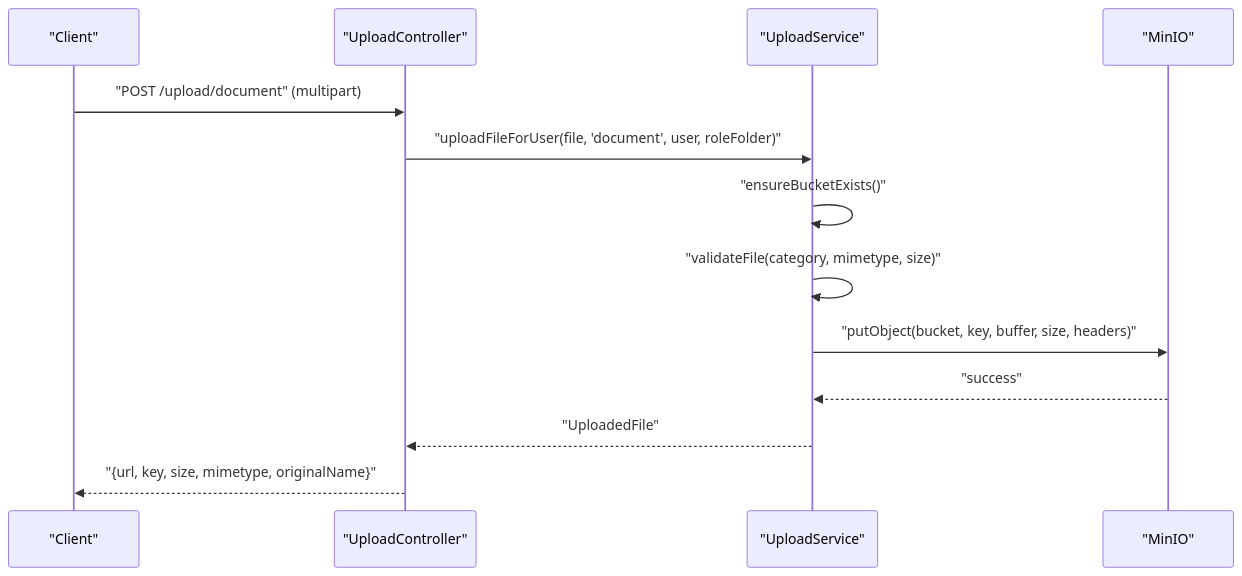
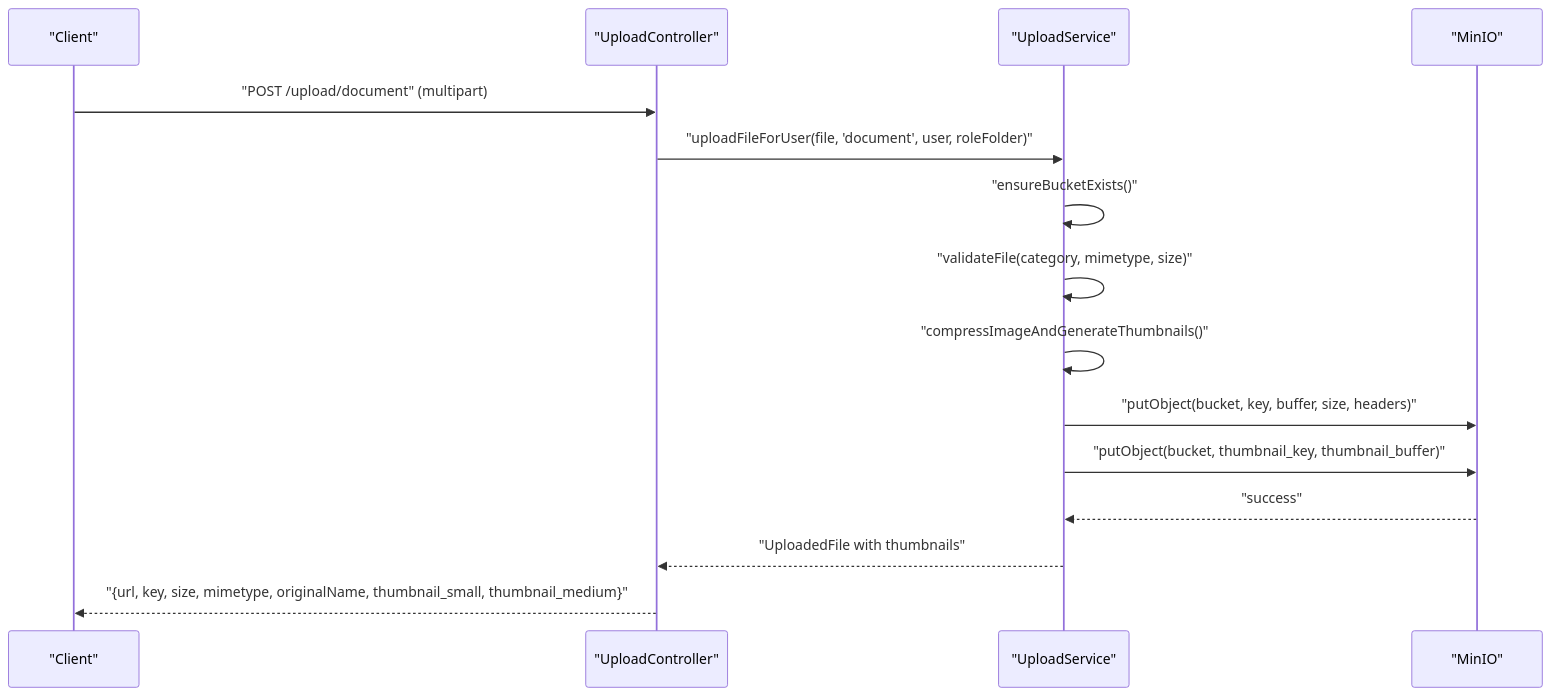
Before and after one commit to macintoshUserchg/nest_js_gym_backend_current: the second of 5 diagrams in .qoder/repowiki/en/content/Core Modules & Features/File Management & Upload.md, drawn with Mermaid. The commit also changed other lines of this file and 6 other files, not shown here.

First line of the commit message:
docs(upload): enhance MinIO integration with env config, image compression, and cleanup

````diff
--- a/.qoder/repowiki/en/content/Core Modules & Features/File Management & Upload.md
+++ b/.qoder/repowiki/en/content/Core Modules & Features/File Management & Upload.md
@@ -108,15 +123,17 @@
 ```mermaid
 sequenceDiagram
 participant Client as "Client"
 participant Controller as "UploadController"
 participant Service as "UploadService"
 participant MinIO as "MinIO"
 Client->>Controller : "POST /upload/document" (multipart)
 Controller->>Service : "uploadFileForUser(file, 'document', user, roleFolder)"
 Service->>Service : "ensureBucketExists()"
 Service->>Service : "validateFile(category, mimetype, size)"
+Service->>Service : "compressImageAndGenerateThumbnails()"
 Service->>MinIO : "putObject(bucket, key, buffer, size, headers)"
+Service->>MinIO : "putObject(bucket, thumbnail_key, thumbnail_buffer)"
 MinIO-->>Service : "success"
-Service-->>Controller : "UploadedFile"
-Controller-->>Client : "{url, key, size, mimetype, originalName}"
+Service-->>Controller : "UploadedFile with thumbnails"
+Controller-->>Client : "{url, key, size, mimetype, originalName, thumbnail_small, thumbnail_medium}"
 ```
````
